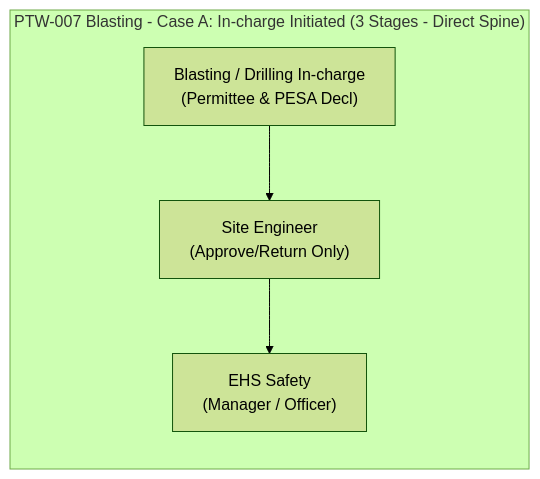
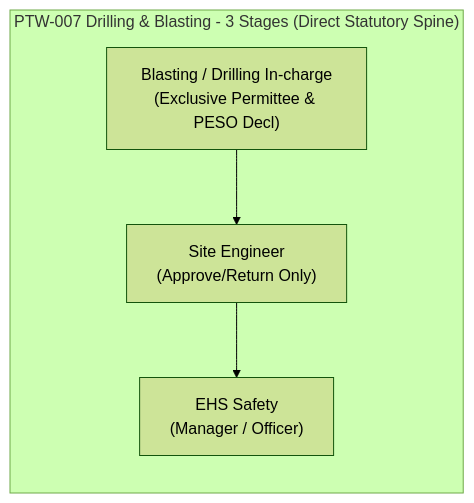
One commit to AuroGroupAutomationBot/ARPL-EHS-Demo changed the ninth of 30 diagrams in README.md. Above: the diagram before and after it, drawn with Mermaid (forest theme). The commit also changed other lines of this file and 5 other files, not shown here.

````diff
--- a/README.md
+++ b/README.md
@@ -407,7 +469,7 @@
 ```mermaid
 graph LR
-    subgraph "PTW-007 Blasting - Case A: In-charge Initiated (3 Stages - Direct Spine)"
-        BIA1["Blasting / Drilling In-charge<br/>(Permittee & PESA Decl)"] --> BIA2["Site Engineer<br/>(Approve/Return Only)"]
+    subgraph "PTW-007 Drilling & Blasting - 3 Stages (Direct Statutory Spine)"
+        BIA1["Blasting / Drilling In-charge<br/>(Exclusive Permittee & PESO Decl)"] --> BIA2["Site Engineer<br/>(Approve/Return Only)"]
         BIA2 --> BIA3["EHS Safety<br/>(Manager / Officer)"]
     end
 ```
````
